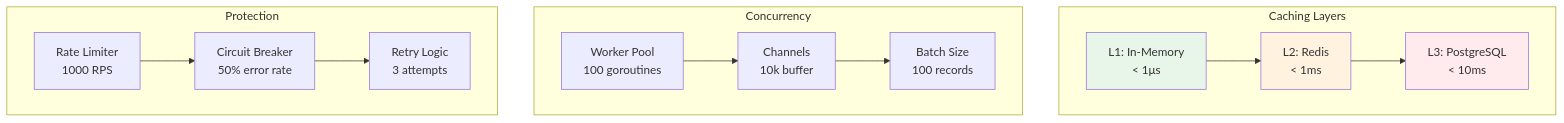
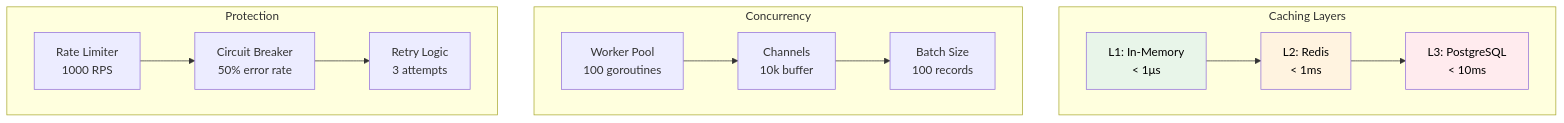
Before and after one commit to t84393252-create/ad_delivery_simulator_347: the sixth of 7 diagrams in ARCHITECTURE.md, drawn with Mermaid. The commit also changed other lines of this file, not shown here.

First line of the commit message:
Improve Mermaid diagram readability with black text

````diff
--- a/ARCHITECTURE.md
+++ b/ARCHITECTURE.md
@@ -221,33 +221,33 @@
 ```mermaid
 graph TD
     subgraph "Caching Layers"
         L1[L1: In-Memory<br/>< 1μs]
         L2[L2: Redis<br/>< 1ms]
         L3[L3: PostgreSQL<br/>< 10ms]
     end
     
     subgraph "Concurrency"
         WP[Worker Pool<br/>100 goroutines]
         CH[Channels<br/>10k buffer]
         BP[Batch Size<br/>100 records]
     end
     
     subgraph "Protection"
         RL[Rate Limiter<br/>1000 RPS]
         CB[Circuit Breaker<br/>50% error rate]
         RT[Retry Logic<br/>3 attempts]
     end
     
     L1 --> L2
     L2 --> L3
     
     WP --> CH
     CH --> BP
     
     RL --> CB
     CB --> RT
     
-    style L1 fill:#e8f5e9
-    style L2 fill:#fff3e0
-    style L3 fill:#ffebee
+    style L1 fill:#e8f5e9,color:#000
+    style L2 fill:#fff3e0,color:#000
+    style L3 fill:#ffebee,color:#000
 ```
````
